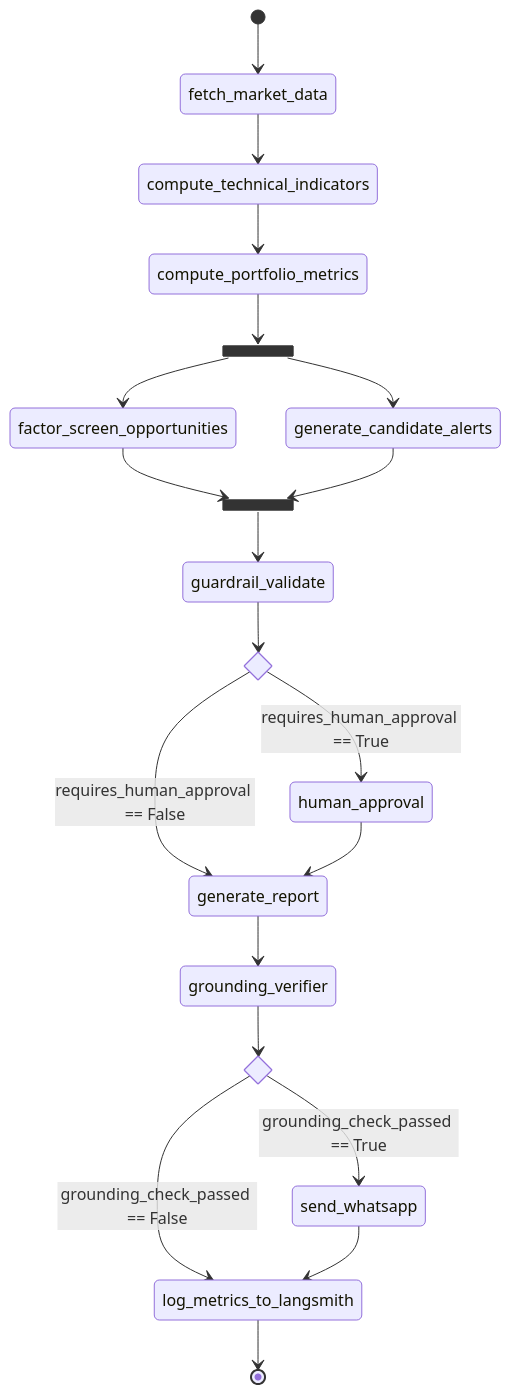
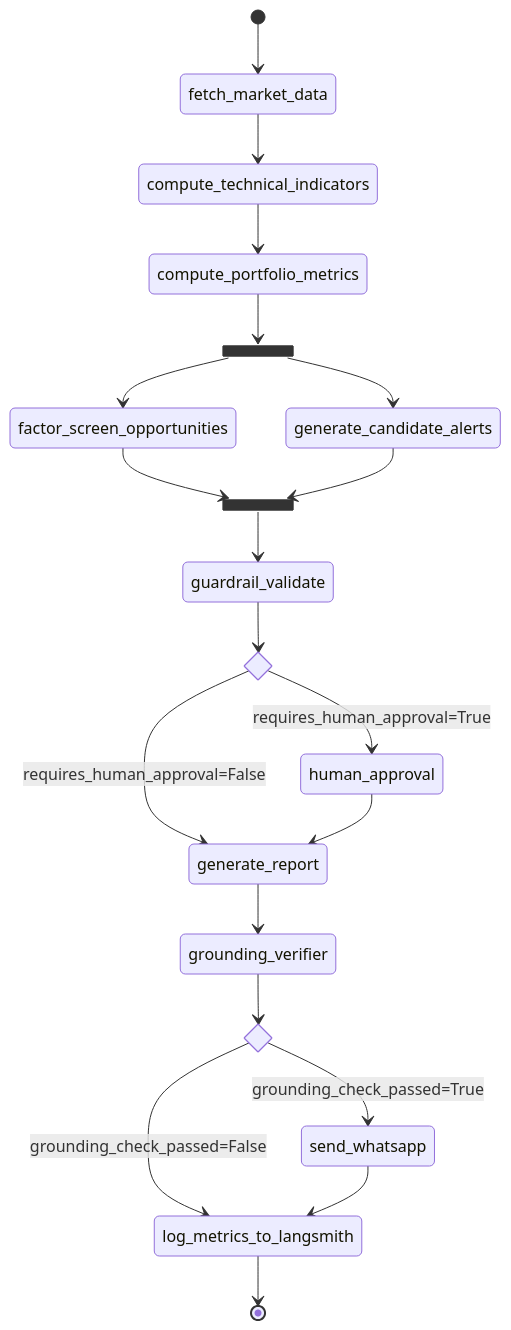
The second of 2 diagrams in ARCHITECTURE.md (Pushkar3112/stock_market-analyzer), drawn with Mermaid before and after one commit. The commit also changed other lines of this file, not shown here.

Commit message:
docs: exhaustive ARCHITECTURE.md — full node code, formulas, guardrails, grounding methodology, data flow trace

````diff
--- a/ARCHITECTURE.md
+++ b/ARCHITECTURE.md
@@ -302,32 +998,32 @@
 ```mermaid
 stateDiagram-v2
     [*] --> fetch_market_data
     fetch_market_data --> compute_technical_indicators
     compute_technical_indicators --> compute_portfolio_metrics
-    
-    state fork_analytics <<fork>>
-    compute_portfolio_metrics --> fork_analytics
-    fork_analytics --> factor_screen_opportunities
-    fork_analytics --> generate_candidate_alerts
-    
-    state join_analytics <<join>>
-    factor_screen_opportunities --> join_analytics
-    generate_candidate_alerts --> join_analytics
-    join_analytics --> guardrail_validate
-    
-    state severity_choice <<choice>>
-    guardrail_validate --> severity_choice
-    severity_choice --> human_approval : requires_human_approval == True
-    severity_choice --> generate_report : requires_human_approval == False
-    
+
+    state fork_state <<fork>>
+    compute_portfolio_metrics --> fork_state
+    fork_state --> factor_screen_opportunities
+    fork_state --> generate_candidate_alerts
+
+    state join_state <<join>>
+    factor_screen_opportunities --> join_state
+    generate_candidate_alerts --> join_state
+    join_state --> guardrail_validate
+
+    state severity_check <<choice>>
+    guardrail_validate --> severity_check
+    severity_check --> human_approval : requires_human_approval=True
+    severity_check --> generate_report : requires_human_approval=False
+
     human_approval --> generate_report
     generate_report --> grounding_verifier
-    
-    state grounding_choice <<choice>>
-    grounding_verifier --> grounding_choice
-    grounding_choice --> send_whatsapp : grounding_check_passed == True
-    grounding_choice --> log_metrics_to_langsmith : grounding_check_passed == False
-    
+
+    state grounding_gate <<choice>>
+    grounding_verifier --> grounding_gate
+    grounding_gate --> send_whatsapp : grounding_check_passed=True
+    grounding_gate --> log_metrics_to_langsmith : grounding_check_passed=False
+
     send_whatsapp --> log_metrics_to_langsmith
     log_metrics_to_langsmith --> [*]
 ```
````
